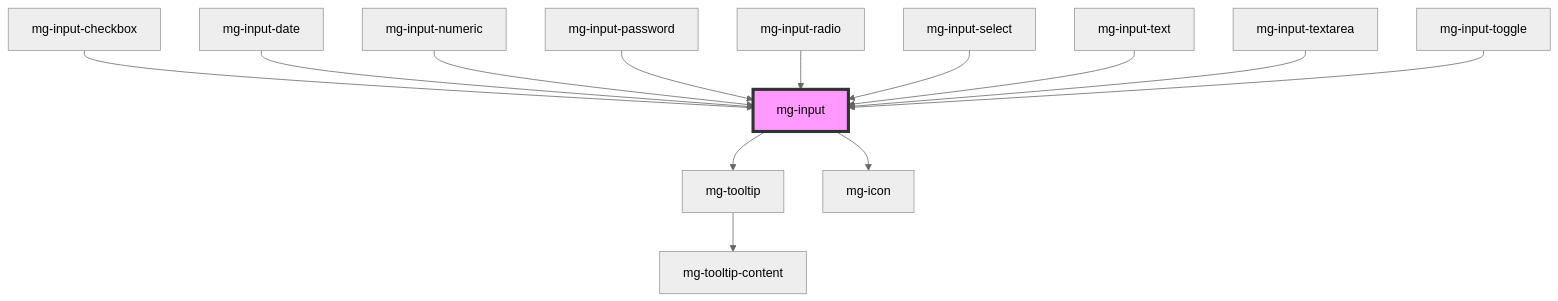
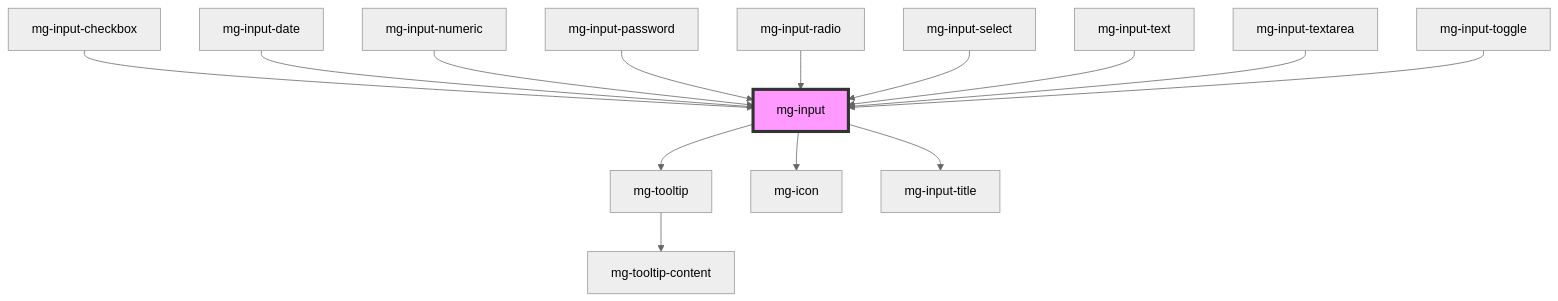
One commit to MGDIS/core-ui changed the diagram in packages/mg-components/src/components/molecules/inputs/mg-input/readme.md. Above: the diagram before and after it, drawn with Mermaid (neutral theme). The commit also changed other lines of this file and 49 other files, not shown here.

````diff
--- a/packages/mg-components/src/components/molecules/inputs/mg-input/readme.md
+++ b/packages/mg-components/src/components/molecules/inputs/mg-input/readme.md
@@ -150,16 +153,17 @@
 ```mermaid
 graph TD;
   mg-input --> mg-tooltip
   mg-input --> mg-icon
+  mg-input --> mg-input-title
   mg-tooltip --> mg-tooltip-content
   mg-input-checkbox --> mg-input
   mg-input-date --> mg-input
   mg-input-numeric --> mg-input
   mg-input-password --> mg-input
   mg-input-radio --> mg-input
   mg-input-select --> mg-input
   mg-input-text --> mg-input
   mg-input-textarea --> mg-input
   mg-input-toggle --> mg-input
   style mg-input fill:#f9f,stroke:#333,stroke-width:4px
 ```
````
